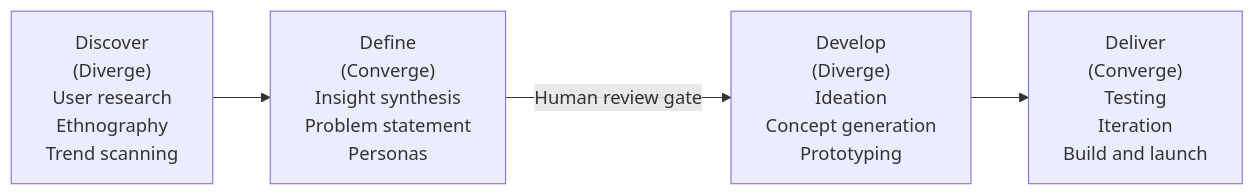
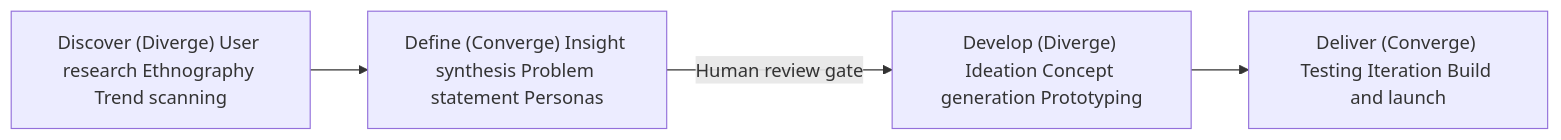
One commit to ivanyeors/product-agentic-templates changed the second of 7 diagrams in .cursor/skills/01-product-discovery/pdlc-frameworks.md. Above: the diagram before and after it, drawn with Mermaid. The commit also changed other lines of this file and 39 other files, not shown here.

````diff
--- a/.cursor/skills/01-product-discovery/pdlc-frameworks.md
+++ b/.cursor/skills/01-product-discovery/pdlc-frameworks.md
@@ -52,6 +52,6 @@
 ```mermaid
 flowchart LR
-    discover["Discover\n(Diverge)\nUser research\nEthnography\nTrend scanning"] --> define["Define\n(Converge)\nInsight synthesis\nProblem statement\nPersonas"]
-    define -->|Human review gate| develop["Develop\n(Diverge)\nIdeation\nConcept generation\nPrototyping"]
-    develop --> deliver["Deliver\n(Converge)\nTesting\nIteration\nBuild and launch"]
+    discover["Discover (Diverge) User research Ethnography Trend scanning"] --> define["Define (Converge) Insight synthesis Problem statement Personas"]
+    define -->|Human review gate| develop["Develop (Diverge) Ideation Concept generation Prototyping"]
+    develop --> deliver["Deliver (Converge) Testing Iteration Build and launch"]
 ```
````
